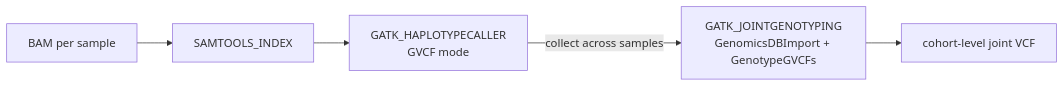
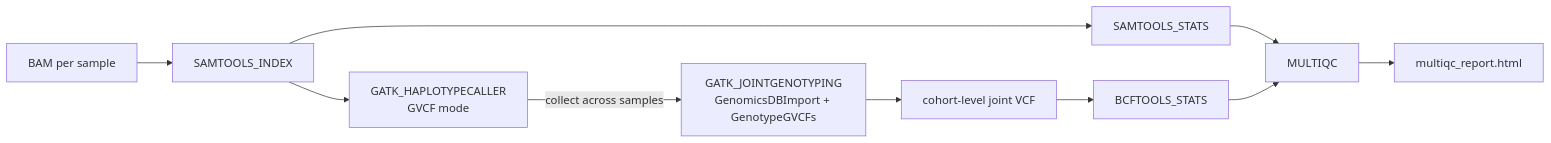
Before and after one commit to mujtababarsi/Human-DNAseq-chr20-nf-dsl2: the diagram in README.md, drawn with Mermaid. The commit also changed other lines of this file and 9 other files, not shown here.

Commit message:
Add QC (samtools stats/flagstat + bcftools stats aggregated via MultiQC); document the existing DAG/execution reports

````diff
--- a/README.md
+++ b/README.md
@@ -27,7 +27,12 @@
 ```mermaid
 flowchart LR
     A[BAM per sample] --> B[SAMTOOLS_INDEX]
     B --> C[GATK_HAPLOTYPECALLER<br/>GVCF mode]
+    B --> Q1[SAMTOOLS_STATS]
     C -- collect across samples --> D[GATK_JOINTGENOTYPING<br/>GenomicsDBImport + GenotypeGVCFs]
     D --> E[cohort-level joint VCF]
+    E --> Q2[BCFTOOLS_STATS]
+    Q1 --> M[MULTIQC]
+    Q2 --> M
+    M --> R[multiqc_report.html]
 ```
````
